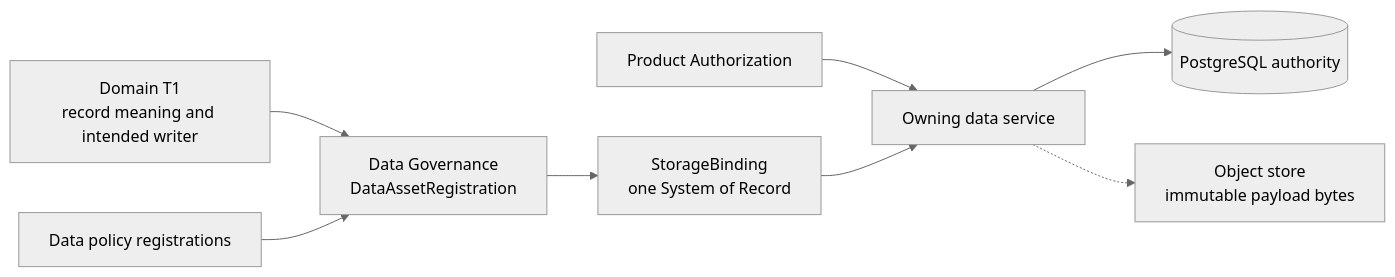
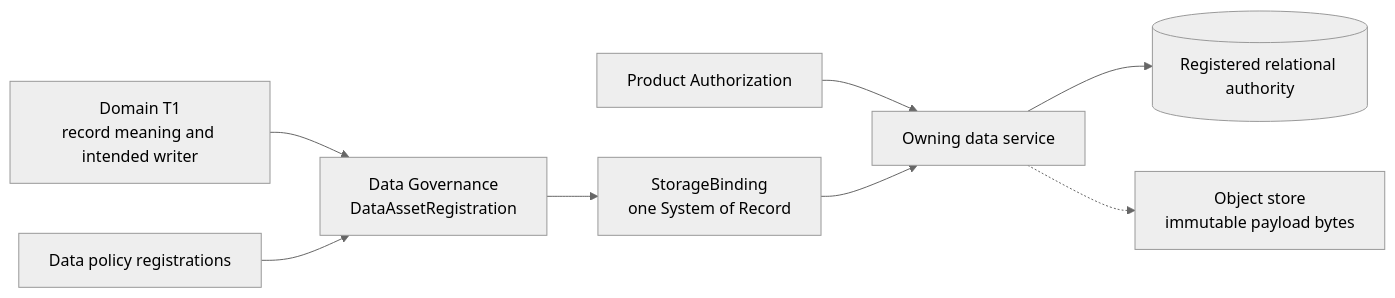
One commit to bobaoai/agent_runtime changed the diagram in designDoc/the_data_governance.md. Above: the diagram before and after it, drawn with Mermaid (neutral theme). The commit also changed other lines of this file and 120 other files, not shown here.

````diff
--- a/designDoc/the_data_governance.md
+++ b/designDoc/the_data_governance.md
@@ -90,10 +96,10 @@
 ```mermaid
 flowchart LR
     DOMAIN["Domain T1<br/>record meaning and intended writer"] --> REG["Data Governance<br/>DataAssetRegistration"]
     POLICY["Data policy registrations"] --> REG
     REG --> BIND["StorageBinding<br/>one System of Record"]
     AUTHZ["Product Authorization"] --> SERVICE["Owning data service"]
     BIND --> SERVICE
-    SERVICE --> PG[("PostgreSQL authority")]
+    SERVICE --> DB[("Registered relational authority")]
     SERVICE -.-> OBJ["Object store<br/>immutable payload bytes"]
 ```
````
